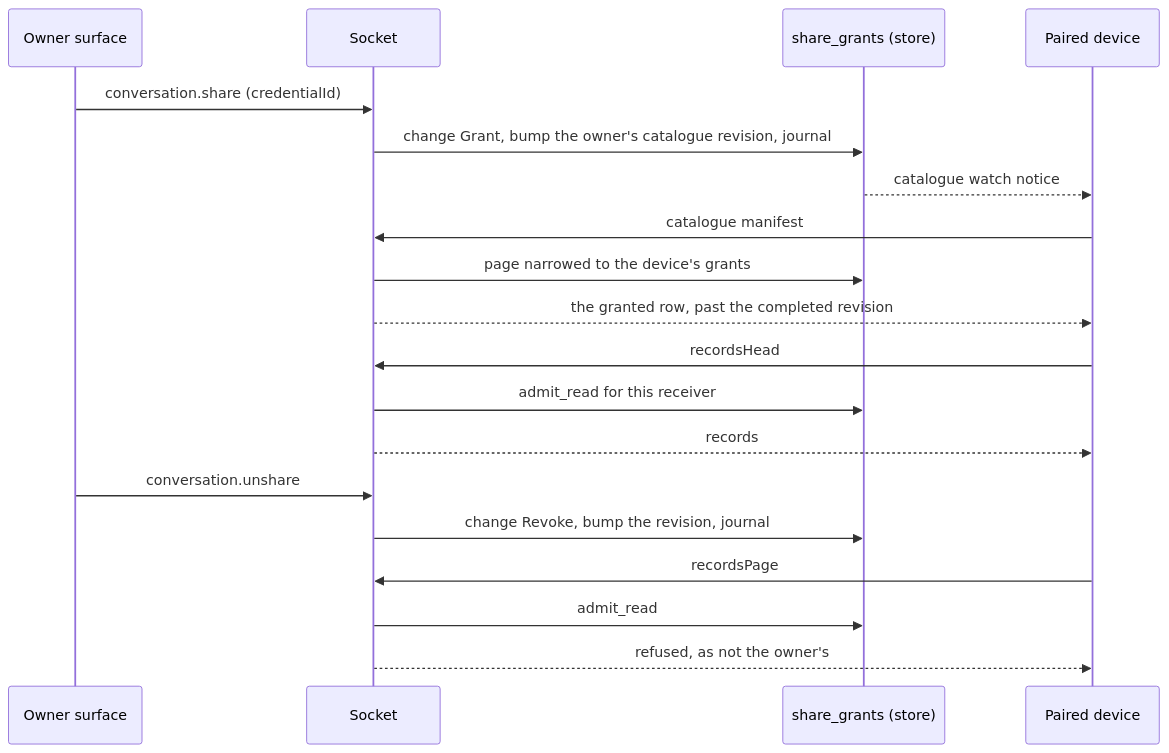
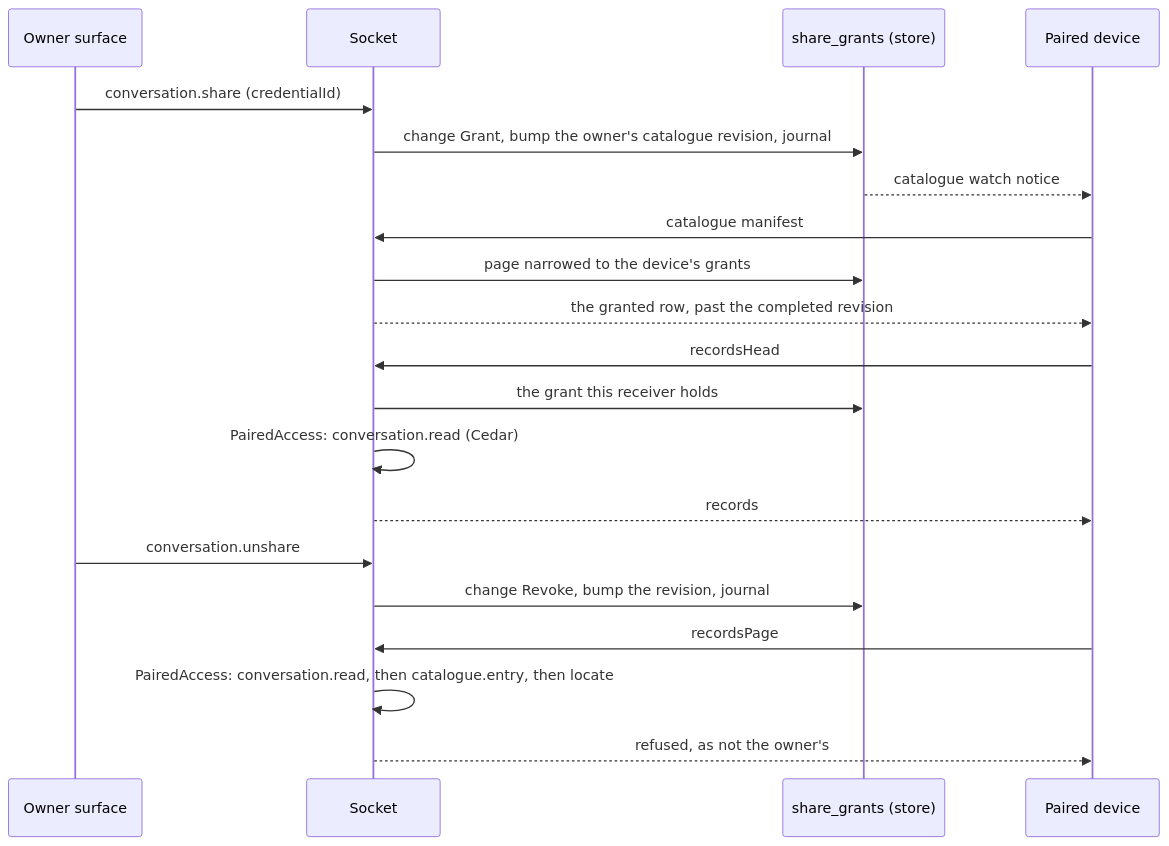
The first of 6 diagrams in docs/design/read-grants.md (nessalabs/nessa-agent), drawn with Mermaid before and after one commit. The commit also changed other lines of this file and 120 other files, not shown here.

First line of the commit message:
Conversation access, agent commands and MCP App calls are Cedar policies (ADR 803 steps 3 and 4) (#837)

````diff
--- a/docs/design/read-grants.md
+++ b/docs/design/read-grants.md
@@ -99,21 +105,22 @@
 ```mermaid
 sequenceDiagram
     participant Owner as Owner surface
     participant Socket
     participant Grants as share_grants (store)
     participant Device as Paired device
     Owner->>Socket: conversation.share (credentialId)
     Socket->>Grants: change Grant, bump the owner's catalogue revision, journal
     Grants-->>Device: catalogue watch notice
     Device->>Socket: catalogue manifest
     Socket->>Grants: page narrowed to the device's grants
     Socket-->>Device: the granted row, past the completed revision
     Device->>Socket: recordsHead
-    Socket->>Grants: admit_read for this receiver
+    Socket->>Grants: the grant this receiver holds
+    Socket->>Socket: PairedAccess: conversation.read (Cedar)
     Socket-->>Device: records
     Owner->>Socket: conversation.unshare
     Socket->>Grants: change Revoke, bump the revision, journal
     Device->>Socket: recordsPage
-    Socket->>Grants: admit_read
+    Socket->>Socket: PairedAccess: conversation.read, then catalogue.entry, then locate
     Socket-->>Device: refused, as not the owner's
 ```
````
